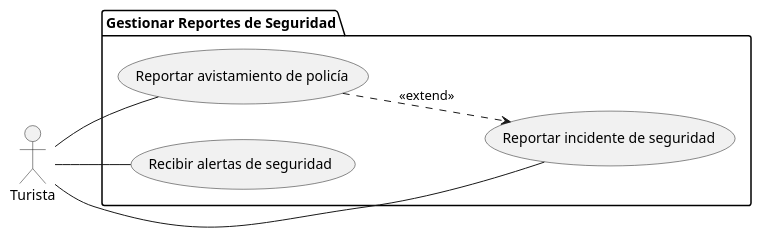
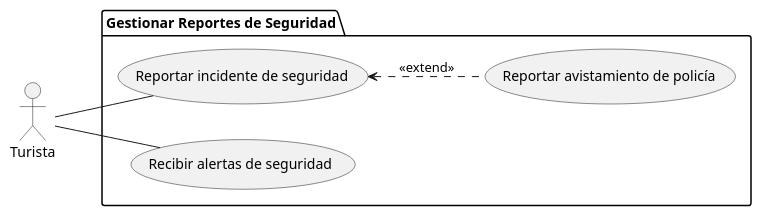
Before and after one commit to LJSaumeth/SM-Xplore-Proto: the diagram in docs/models/uc-lvl-1/gestionar-reportes-de-seguridad/turista-diagrama.puml, drawn with PlantUML. The commit also changed 1 other file, not shown here.

Commit message:
Update: Use-cases diagrams for Gestionar Reportes de Seguridad merged.

```diff
--- a/docs/models/uc-lvl-1/gestionar-reportes-de-seguridad/turista-diagrama.puml
+++ b/docs/models/uc-lvl-1/gestionar-reportes-de-seguridad/turista-diagrama.puml
@@ -1,18 +1,17 @@
 @startuml
 left to right direction
 
 actor Turista as T
 
 package "Gestionar Reportes de Seguridad" {
     usecase "Reportar incidente de seguridad" as UC1
     usecase "Reportar avistamiento de policía" as UC2
     usecase "Recibir alertas de seguridad" as UC3
 }
 
 T -- UC1
-T -- UC2
 T -- UC3
 
-UC2 ..> UC1 : <<extend>>
+UC1 <.. UC2 : <<extend>>
 
 @enduml
```
